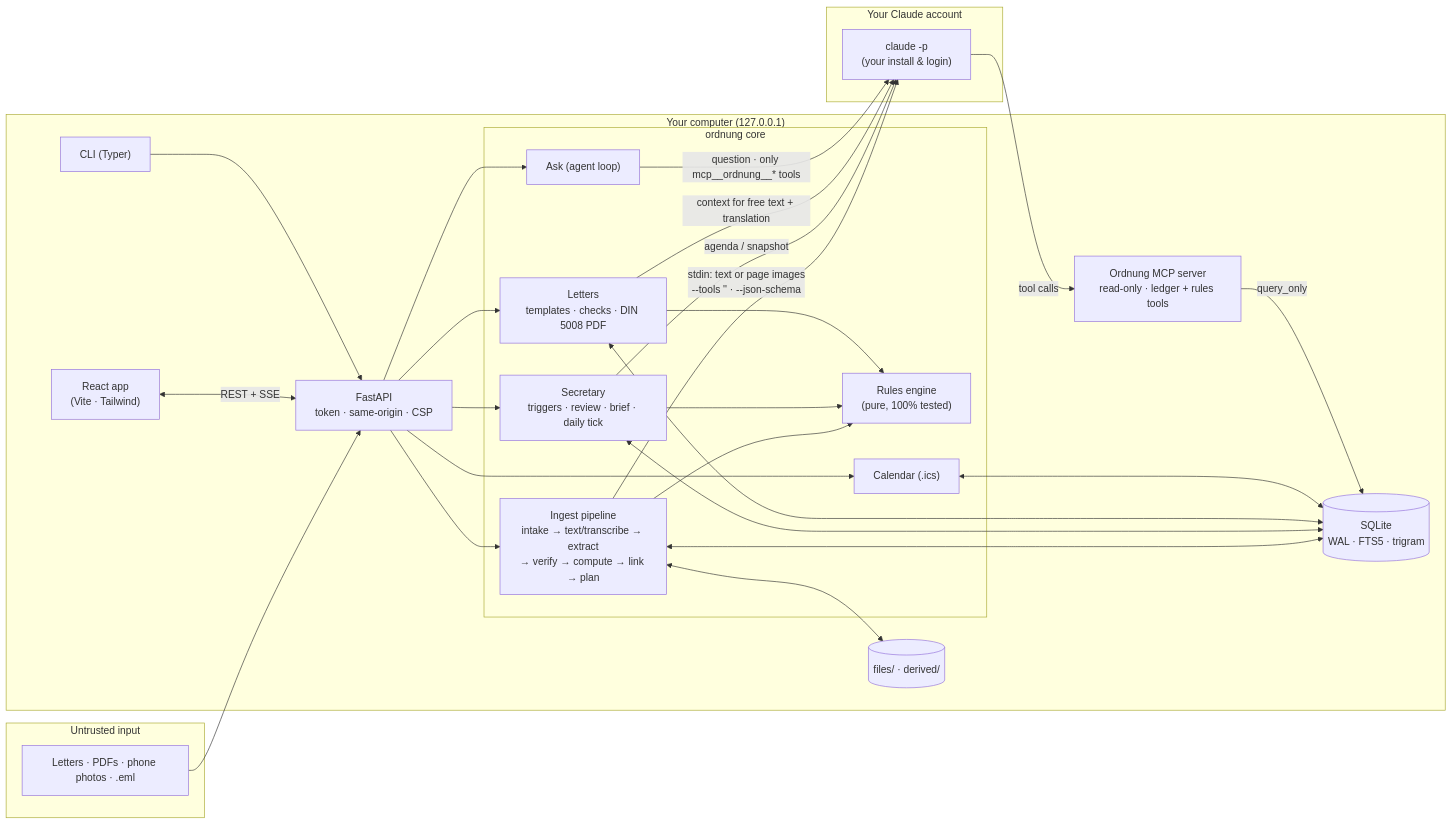
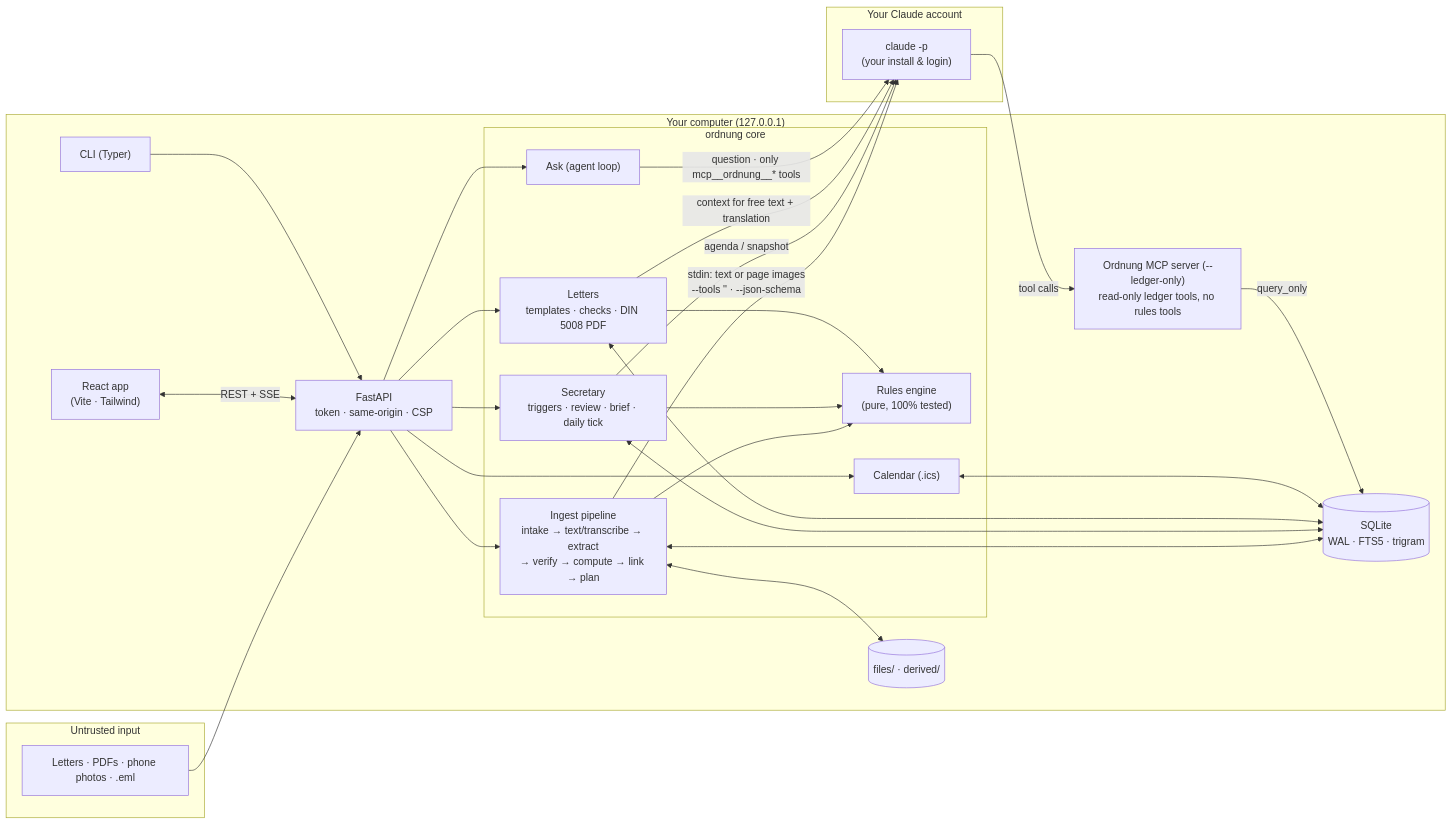
The first of 5 diagrams in docs/architecture.md (ahmedEid1/ordnung), drawn with Mermaid before and after one commit. The commit also changed other lines of this file and 10 other files, not shown here.

````diff
--- a/docs/architecture.md
+++ b/docs/architecture.md
@@ -9,43 +9,43 @@
 ```mermaid
 flowchart LR
   subgraph untrusted["Untrusted input"]
     L["Letters · PDFs · phone photos · .eml"]
   end
 
   subgraph local["Your computer (127.0.0.1)"]
     UI["React app<br/>(Vite · Tailwind)"]
     CLI["CLI (Typer)"]
     API["FastAPI<br/>token · same-origin · CSP"]
     subgraph core["ordnung core"]
       ING["Ingest pipeline<br/>intake → text/transcribe → extract<br/>→ verify → compute → link → plan"]
       RUL["Rules engine<br/>(pure, 100% tested)"]
       SEC["Secretary<br/>triggers · review · brief · daily tick"]
       ASK["Ask (agent loop)"]
       DRF["Letters<br/>templates · checks · DIN 5008 PDF"]
       ICS["Calendar (.ics)"]
     end
     DB[("SQLite<br/>WAL · FTS5 · trigram")]
     FS[("files/ · derived/")]
-    MCP["Ordnung MCP server<br/>read-only · ledger + rules tools"]
+    MCP["Ordnung MCP server (--ledger-only)<br/>read-only ledger tools, no rules tools"]
   end
 
   subgraph account["Your Claude account"]
     CC["claude -p<br/>(your install & login)"]
   end
 
   L --> API
   UI <-->|REST + SSE| API
   CLI --> API
   API --> ING & SEC & ASK & DRF & ICS
   ING --> RUL
   SEC --> RUL
   DRF --> RUL
   ING & SEC & DRF & ICS <--> DB
   ING <--> FS
   ING -->|"stdin: text or page images<br/>--tools '' · --json-schema"| CC
   SEC -->|"agenda / snapshot"| CC
   DRF -->|"context for free text + translation"| CC
   ASK -->|"question · only mcp__ordnung__* tools"| CC
   CC -->|tool calls| MCP
   MCP -->|"query_only"| DB
 ```
````
